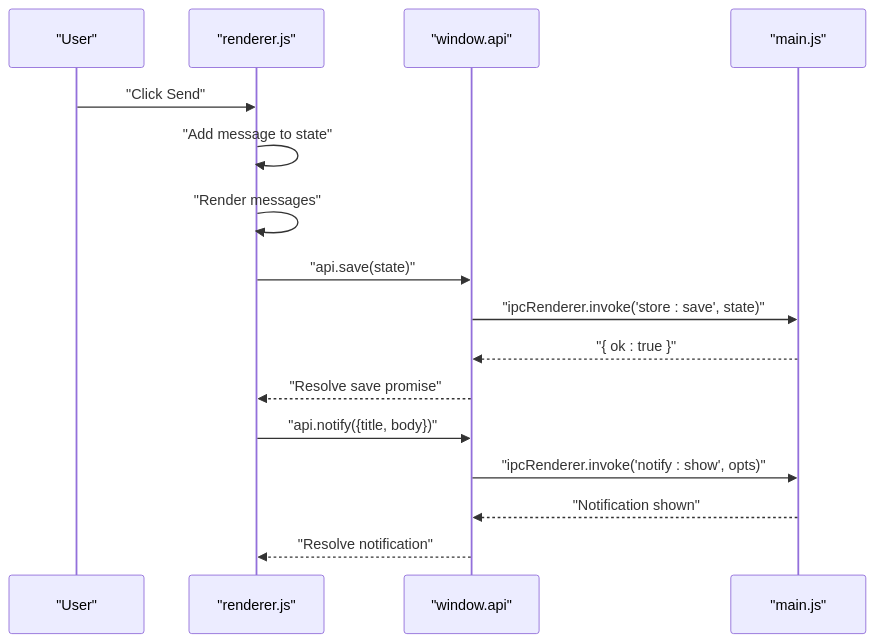
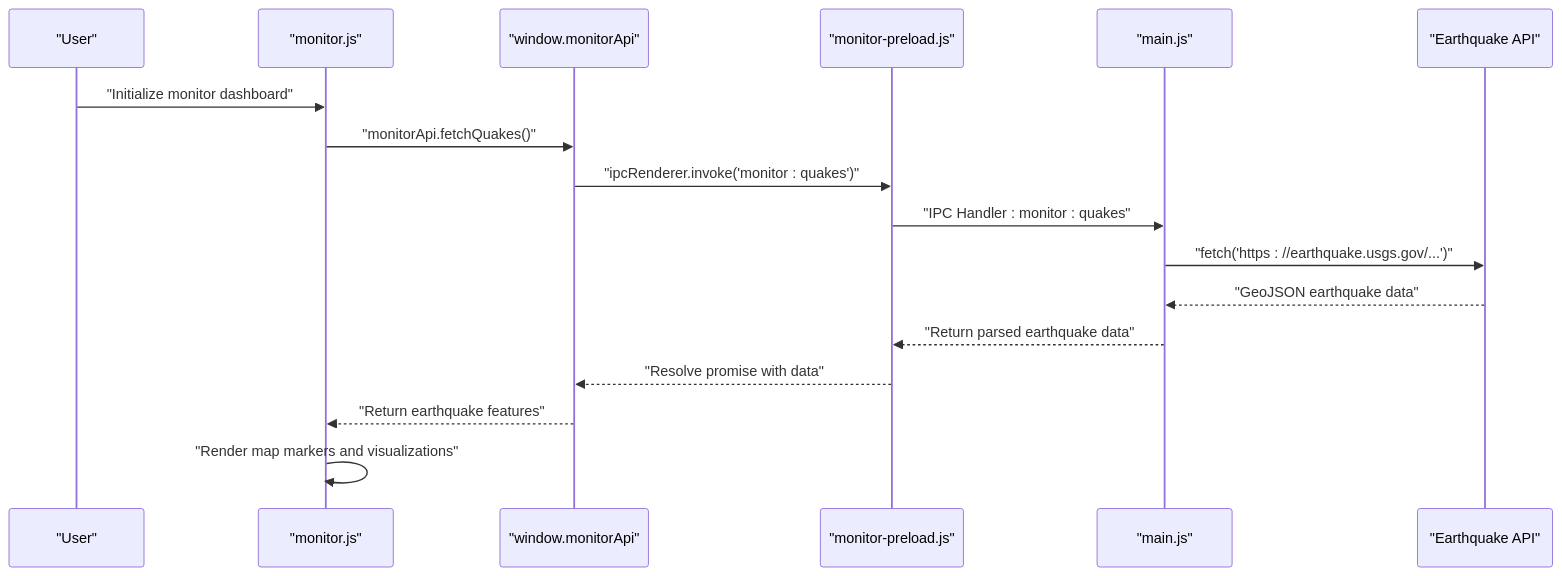
The fifth of 8 diagrams in .qoder/repowiki/en/content/Architecture Overview.md (Annguyen0410/Personal-Messenger-Like-Storage-), drawn with Mermaid before and after one commit. The commit also changed other lines of this file and 10 other files, not shown here.

````diff
--- a/.qoder/repowiki/en/content/Architecture Overview.md
+++ b/.qoder/repowiki/en/content/Architecture Overview.md
@@ -282,18 +321,19 @@
 ```mermaid
 sequenceDiagram
 participant U as "User"
-participant R as "renderer.js"
-participant A as "window.api"
+participant MR as "monitor.js"
+participant MA as "window.monitorApi"
+participant MP as "monitor-preload.js"
 participant M as "main.js"
-U->>R : "Click Send"
-R->>R : "Add message to state"
-R->>R : "Render messages"
-R->>A : "api.save(state)"
-A->>M : "ipcRenderer.invoke('store : save', state)"
-M-->>A : "{ ok : true }"
-A-->>R : "Resolve save promise"
-R->>A : "api.notify({title, body})"
-A->>M : "ipcRenderer.invoke('notify : show', opts)"
-M-->>A : "Notification shown"
-A-->>R : "Resolve notification"
+participant NET as "Earthquake API"
+U->>MR : "Initialize monitor dashboard"
+MR->>MA : "monitorApi.fetchQuakes()"
+MA->>MP : "ipcRenderer.invoke('monitor : quakes')"
+MP->>M : "IPC Handler : monitor : quakes"
+M->>NET : "fetch('https : //earthquake.usgs.gov/...')"
+NET-->>M : "GeoJSON earthquake data"
+M-->>MP : "Return parsed earthquake data"
+MP-->>MA : "Resolve promise with data"
+MA-->>MR : "Return earthquake features"
+MR->>MR : "Render map markers and visualizations"
 ```
````
